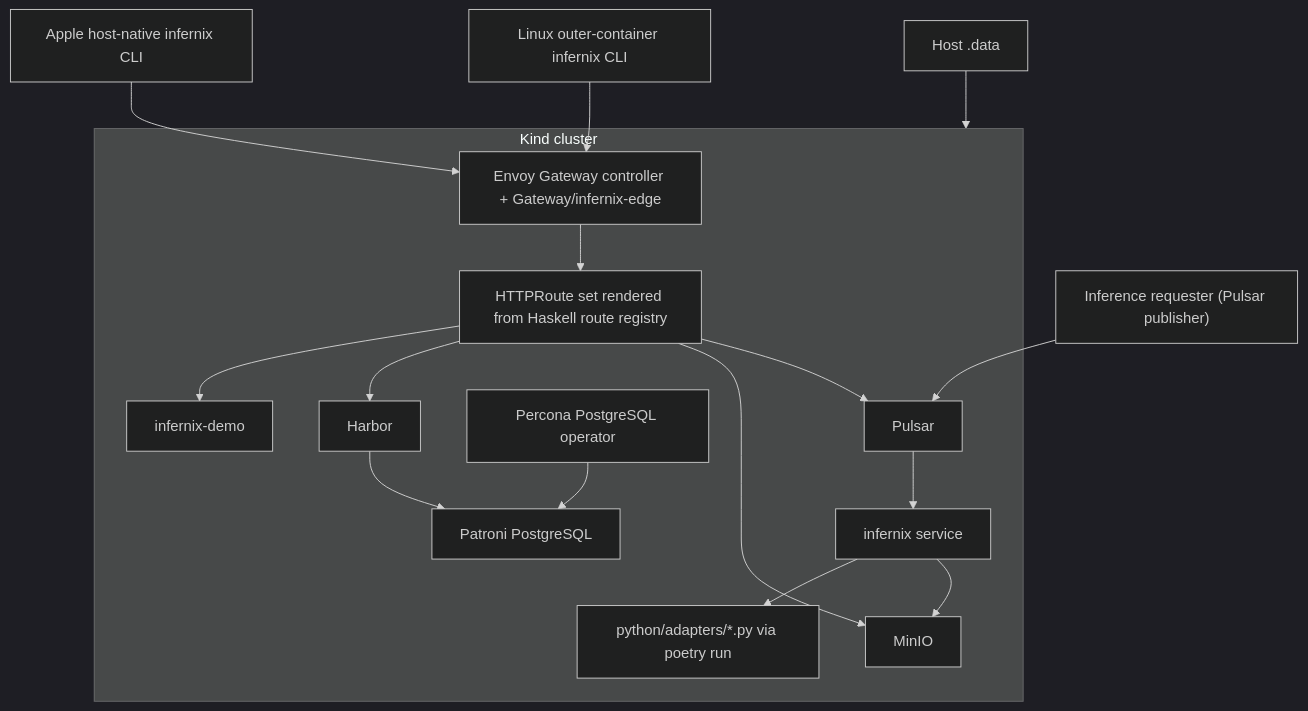
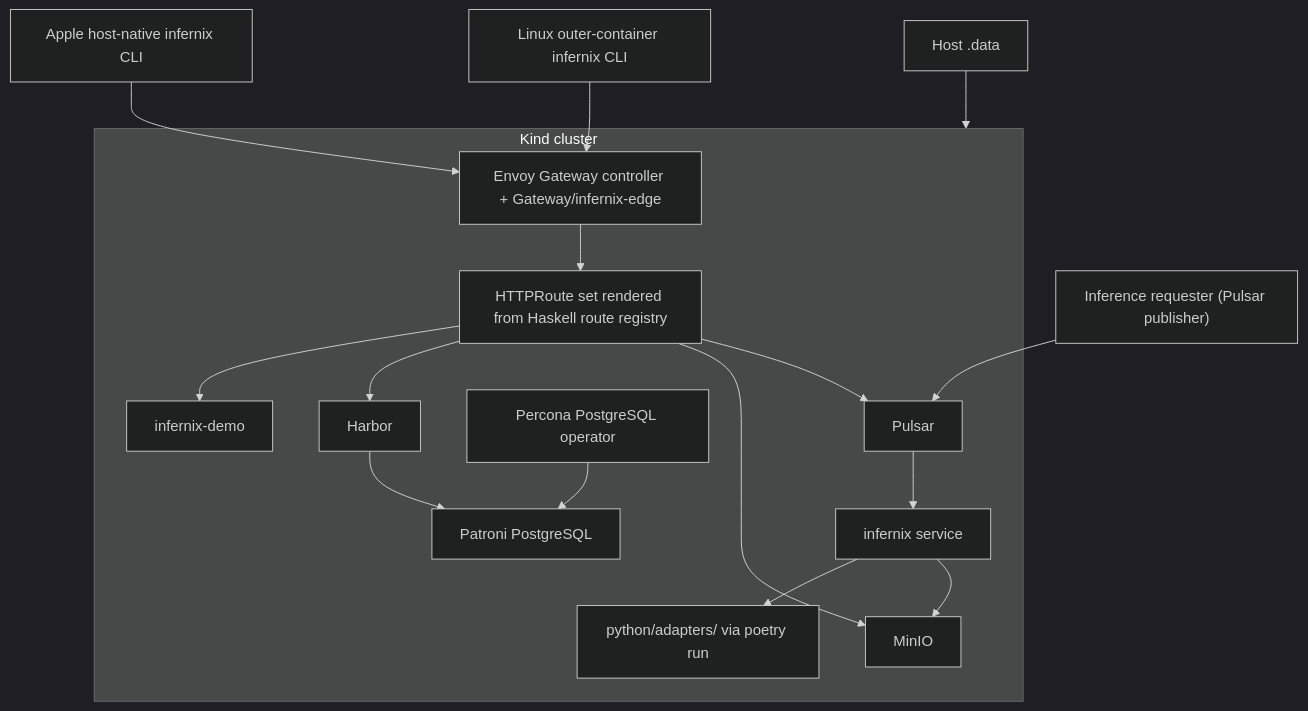
One commit to Tuee22/infernix changed the diagram in DEVELOPMENT_PLAN/00-overview.md. Above: the diagram before and after it, drawn with Mermaid (dark theme). The commit also changed other lines of this file and 8 other files, not shown here.

````diff
--- a/DEVELOPMENT_PLAN/00-overview.md
+++ b/DEVELOPMENT_PLAN/00-overview.md
@@ -71,35 +71,35 @@
 ```mermaid
 flowchart TB
     apple["Apple host-native infernix CLI"]
     linux["Linux outer-container infernix CLI"]
     data["Host .data"]
     requester["Inference requester (Pulsar publisher)"]
 
     subgraph kind["Kind cluster"]
         gateway["Envoy Gateway controller + Gateway/infernix-edge"]
         routes["HTTPRoute set rendered from Haskell route registry"]
         demo["infernix-demo"]
         service["infernix service"]
-        adapters["python/adapters/*.py via poetry run"]
+        adapters["python/adapters/ via poetry run"]
         harbor["Harbor"]
         minio["MinIO"]
         pgop["Percona PostgreSQL operator"]
         postgres["Patroni PostgreSQL"]
         pulsar["Pulsar"]
     end
 
     apple --> gateway
     linux --> gateway
     requester --> pulsar
     gateway --> routes
     routes --> demo
     routes --> harbor
     routes --> minio
     routes --> pulsar
     pulsar --> service
     service --> adapters
     service --> minio
     harbor --> postgres
     pgop --> postgres
     data --> kind
 ```
````
